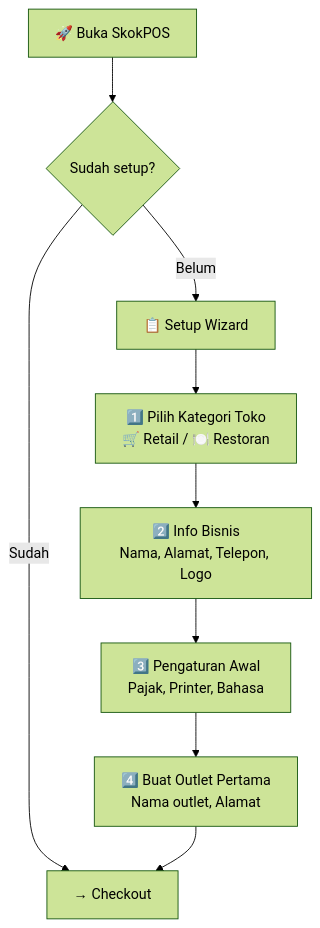
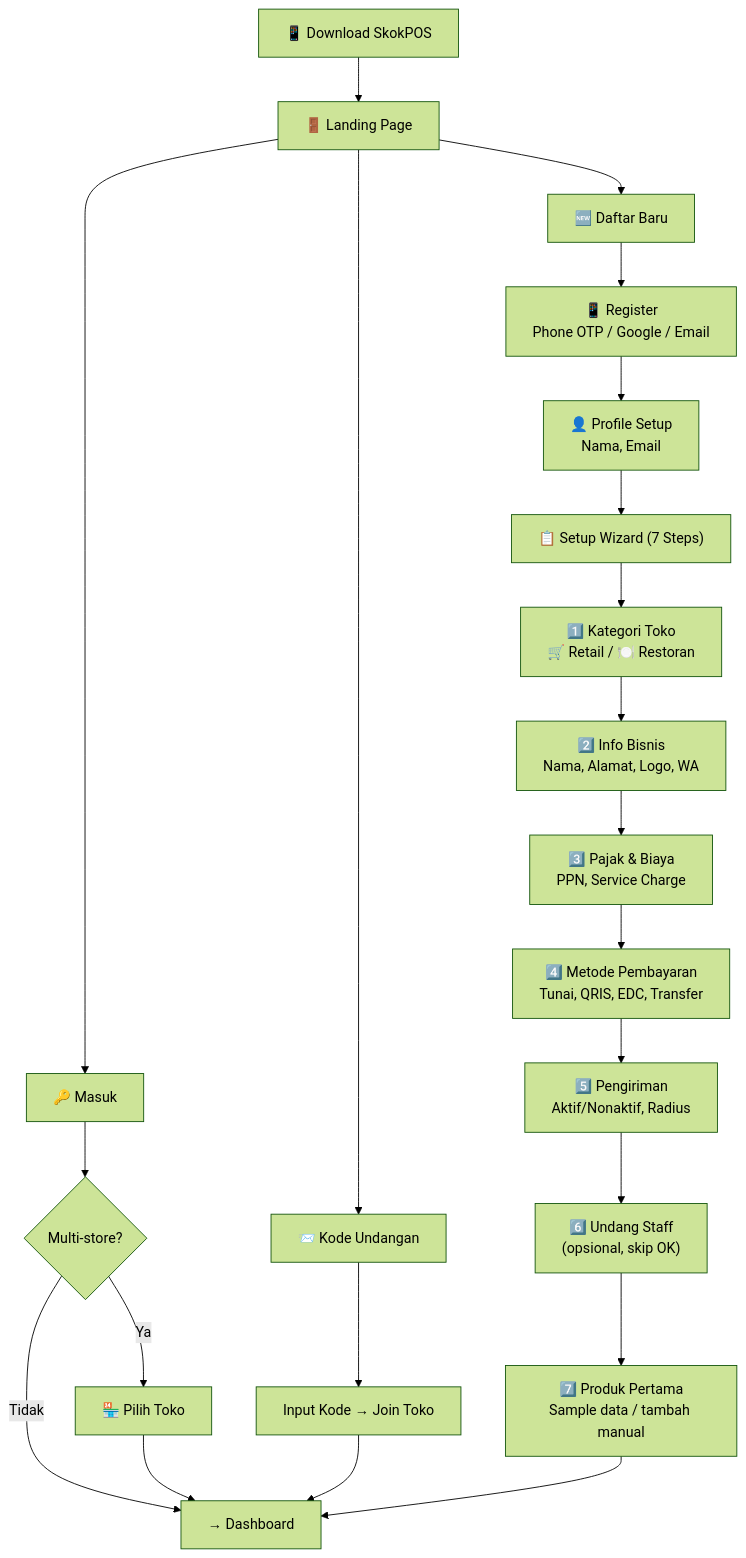
One commit to susilozone-glitch/skokpos changed the second of 2 diagrams in docs/implementation_plan.md. Above: the diagram before and after it, drawn with Mermaid (forest theme). The commit also changed other lines of this file, not shown here.

First line of the commit message:
docs: Update Setup Wizard to 7 steps, align with all features (v3.5)

````diff
--- a/docs/implementation_plan.md
+++ b/docs/implementation_plan.md
@@ -128,12 +128,28 @@
 ```mermaid
 flowchart TD
-    A["🚀 Buka SkokPOS"] --> B{"Sudah setup?"}
-    B -->|Belum| C["📋 Setup Wizard"]
-    B -->|Sudah| H["→ Checkout"]
-
-    C --> D["1️⃣ Pilih Kategori Toko\n🛒 Retail / 🍽️ Restoran"]
-    D --> E["2️⃣ Info Bisnis\nNama, Alamat, Telepon, Logo"]
-    E --> F["3️⃣ Pengaturan Awal\nPajak, Printer, Bahasa"]
-    F --> G["4️⃣ Buat Outlet Pertama\nNama outlet, Alamat"]
-    G --> H
+    A["📱 Download SkokPOS"] --> B["🚪 Landing Page"]
+    B --> B1["🆕 Daftar Baru"]
+    B --> B2["🔑 Masuk"]
+    B --> B3["📨 Kode Undangan"]
+    
+    B1 --> R["📱 Register\nPhone OTP / Google / Email"]
+    R --> P["👤 Profile Setup\nNama, Email"]
+    P --> C["📋 Setup Wizard (7 Steps)"]
+    
+    B2 --> SS{"Multi-store?"}
+    SS -->|Ya| SEL["🏪 Pilih Toko"]
+    SS -->|Tidak| H["→ Dashboard"]
+    SEL --> H
+    
+    B3 --> INV["Input Kode → Join Toko"]
+    INV --> H
+    
+    C --> D["1️⃣ Kategori Toko\n🛒 Retail / 🍽️ Restoran"]
+    D --> E["2️⃣ Info Bisnis\nNama, Alamat, Logo, WA"]
+    E --> F["3️⃣ Pajak & Biaya\nPPN, Service Charge"]
+    F --> PAY["4️⃣ Metode Pembayaran\nTunai, QRIS, EDC, Transfer"]
+    PAY --> DEL["5️⃣ Pengiriman\nAktif/Nonaktif, Radius"]
+    DEL --> STAFF["6️⃣ Undang Staff\n(opsional, skip OK)"]
+    STAFF --> PROD["7️⃣ Produk Pertama\nSample data / tambah manual"]
+    PROD --> H
 ```
````
